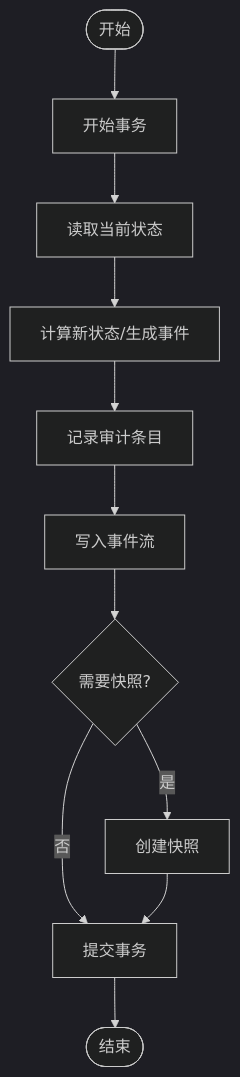
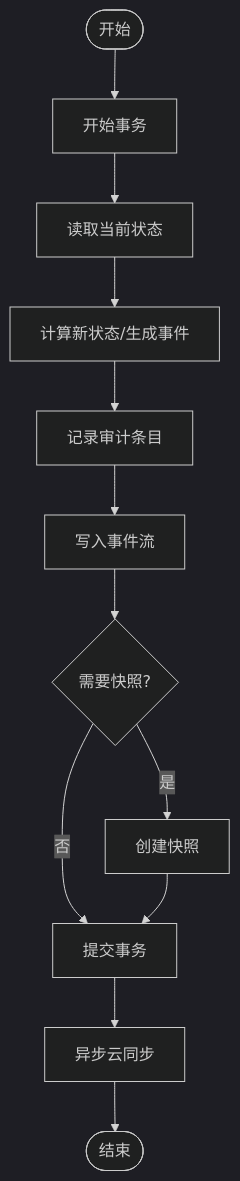
The fourth of 8 diagrams in .qoder/repowiki/zh/content/运行时系统/持久化层.md (Ivandanslespace/thegreatnovel), drawn with Mermaid (dark theme) before and after one commit. The commit also changed other lines of this file and 264 other files, not shown here.

````diff
--- a/.qoder/repowiki/zh/content/运行时系统/持久化层.md
+++ b/.qoder/repowiki/zh/content/运行时系统/持久化层.md
@@ -249,13 +279,14 @@
 ```mermaid
 flowchart TD
 Start(["开始"]) --> BeginTx["开始事务"]
 BeginTx --> ReadState["读取当前状态"]
 ReadState --> Compute["计算新状态/生成事件"]
 Compute --> AuditLog["记录审计条目"]
 AuditLog --> WriteEvents["写入事件流"]
 WriteEvents --> CheckSnapshot{"需要快照?"}
 CheckSnapshot --> |是| CreateSnapshot["创建快照"]
 CheckSnapshot --> |否| CommitTx["提交事务"]
 CreateSnapshot --> CommitTx
-CommitTx --> End(["结束"])
+CommitTx --> SyncCloud["异步云同步"]
+SyncCloud --> End(["结束"])
 ```
````
